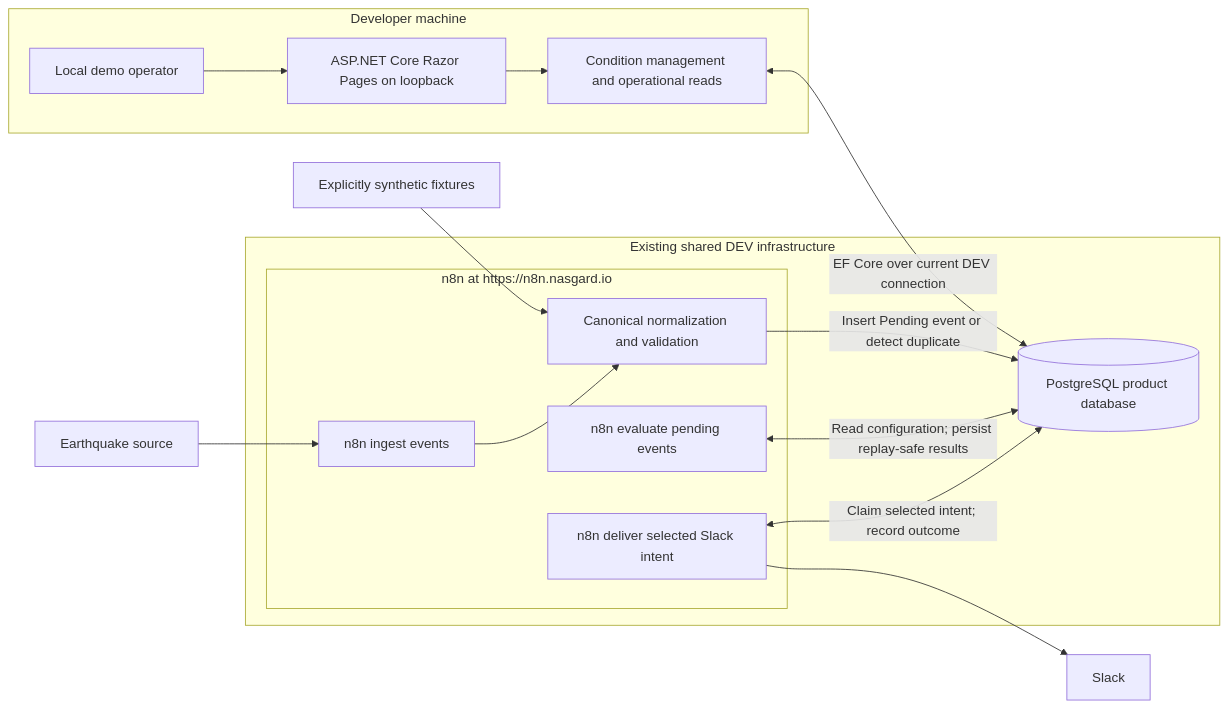
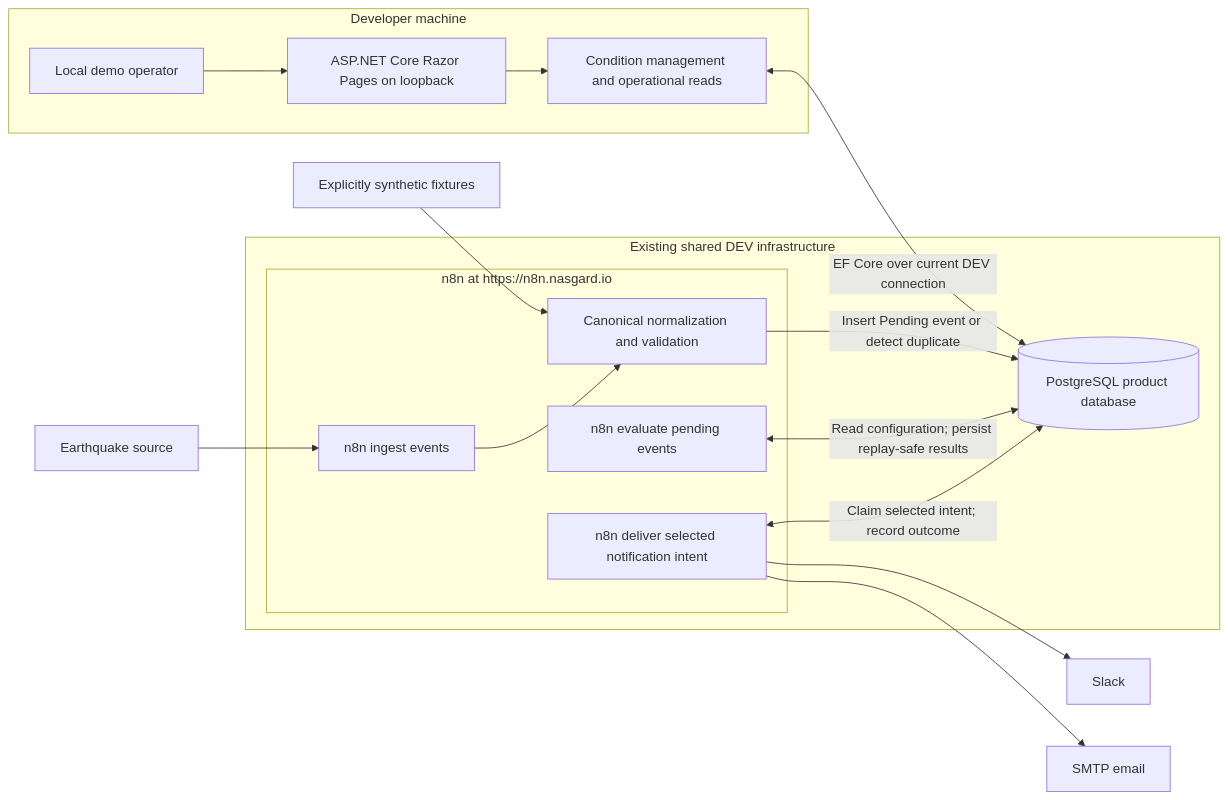
One commit to zskovacs/sonrisa-task04 changed the diagram in docs/04-architecture.md. Above: the diagram before and after it, drawn with Mermaid. The commit also changed other lines of this file and 41 other files, not shown here.

Commit message:
feat: add SMTP notification delivery

````diff
--- a/docs/04-architecture.md
+++ b/docs/04-architecture.md
@@ -11,24 +11,25 @@
 ```mermaid
 flowchart LR
     subgraph Local[Developer machine]
         Operator[Local demo operator] --> UI[ASP.NET Core Razor Pages on loopback]
         UI --> Services[Condition management and operational reads]
     end
     subgraph DEV[Existing shared DEV infrastructure]
         ProductDB[(PostgreSQL product database)]
         subgraph HostedN8N[n8n at https://n8n.nasgard.io]
             Ingest[n8n ingest events]
             Normalize[Canonical normalization and validation]
             Evaluate[n8n evaluate pending events]
-            Deliver[n8n deliver selected Slack intent]
+            Deliver[n8n deliver selected notification intent]
         end
     end
     Services <-->|EF Core over current DEV connection| ProductDB
     Sources[Earthquake source] --> Ingest[n8n ingest events]
     Demo[Explicitly synthetic fixtures] --> Normalize[Canonical normalization and validation]
     Ingest --> Normalize
     Normalize -->|Insert Pending event or detect duplicate| ProductDB
     Evaluate[n8n evaluate pending events] <-->|Read configuration; persist replay-safe results| ProductDB
-    Deliver[n8n deliver selected Slack intent] <-->|Claim selected intent; record outcome| ProductDB
+    Deliver[n8n deliver selected notification intent] <-->|Claim selected intent; record outcome| ProductDB
     Deliver --> Slack[Slack]
+    Deliver --> SMTP[SMTP email]
 ```
````
